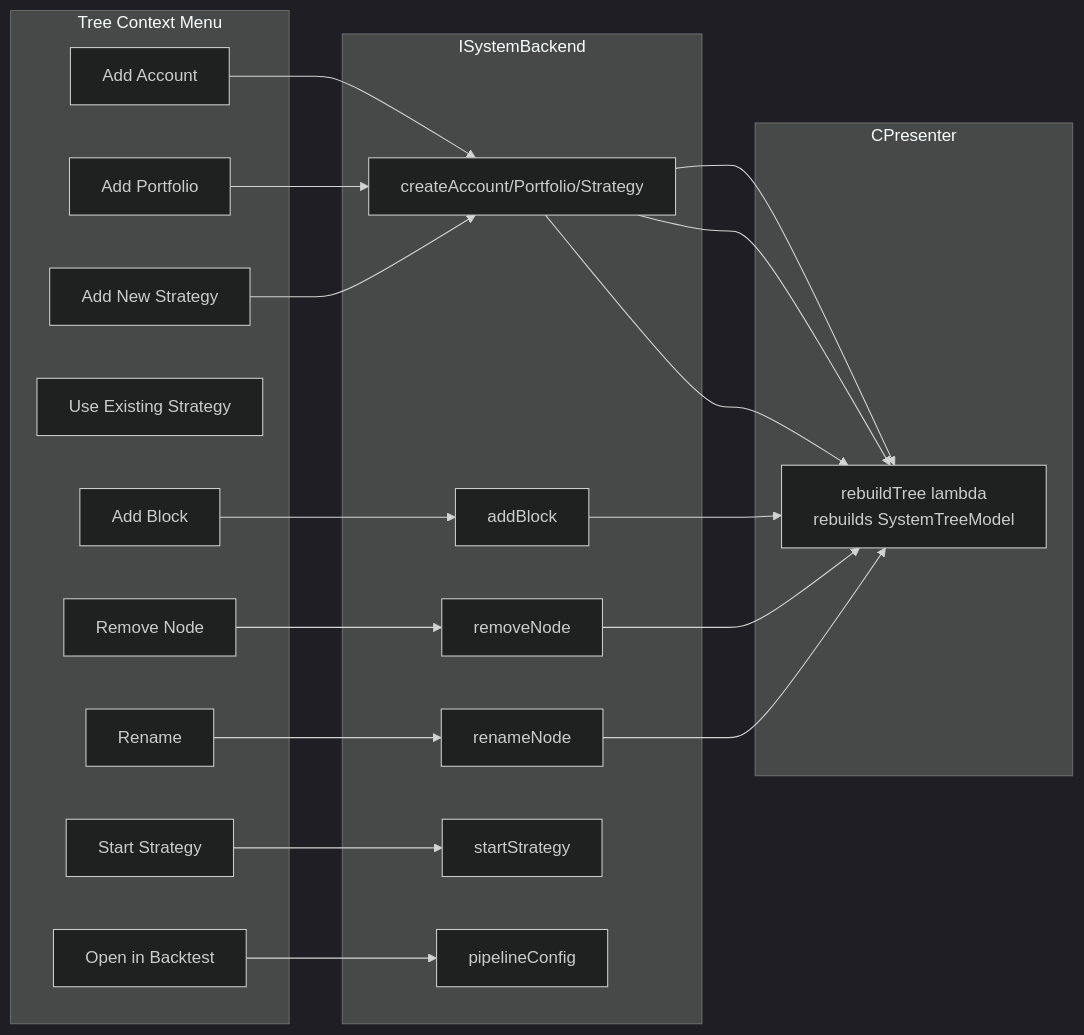
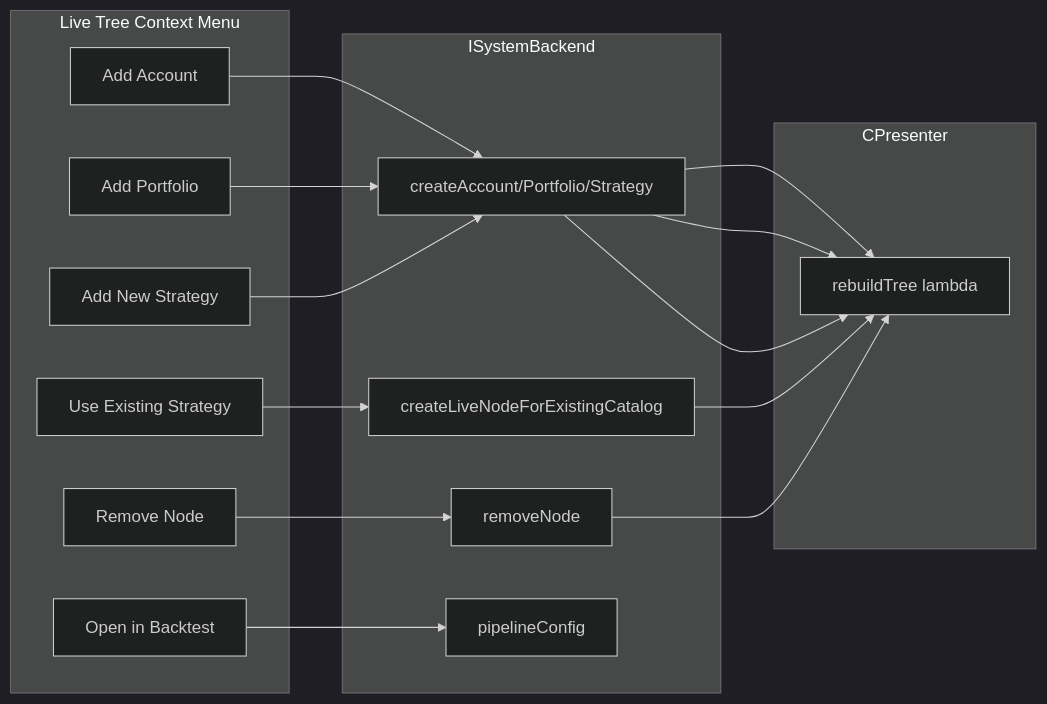
One commit to CloseToAlgoTrading/IbTradeQtDev changed diagram 22 of 23 in IbTradeQt/docs/ARCHITECTURE.md. Above: the diagram before and after it, drawn with Mermaid (dark theme). The commit also changed other lines of this file and 39 other files, not shown here.

````diff
--- a/IbTradeQt/docs/ARCHITECTURE.md
+++ b/IbTradeQt/docs/ARCHITECTURE.md
@@ -971,36 +1024,29 @@
 ```mermaid
 flowchart LR
-    subgraph ContextMenu[Tree Context Menu]
+    subgraph ContextMenu[Live Tree Context Menu]
         AddAccount[Add Account]
         AddPortfolio[Add Portfolio]
         AddStrategy[Add New Strategy]
         UseExisting[Use Existing Strategy]
-        AddBlock[Add Block]
         RemoveNode[Remove Node]
-        Rename[Rename]
-        StartStrategy[Start Strategy]
         OpenBacktest[Open in Backtest]
     end
 
     subgraph Presenter[CPresenter]
-        RebuildTree[rebuildTree lambda\nrebuilds SystemTreeModel]
+        RebuildTree[rebuildTree lambda]
     end
 
     subgraph Backend[ISystemBackend]
         Create[createAccount/Portfolio/Strategy]
         Remove[removeNode]
-        RenameOp[renameNode]
-        AddBlockOp[addBlock]
-        StartOp[startStrategy]
+        CreateLive[createLiveNodeForExistingCatalog]
         PipelineCfg[pipelineConfig]
     end
 
     AddAccount --> Create --> RebuildTree
     AddPortfolio --> Create --> RebuildTree
     AddStrategy --> Create --> RebuildTree
-    AddBlock --> AddBlockOp --> RebuildTree
+    UseExisting --> CreateLive --> RebuildTree
     RemoveNode --> Remove --> RebuildTree
-    Rename --> RenameOp --> RebuildTree
-    StartStrategy --> StartOp
     OpenBacktest --> PipelineCfg
 ```
````
